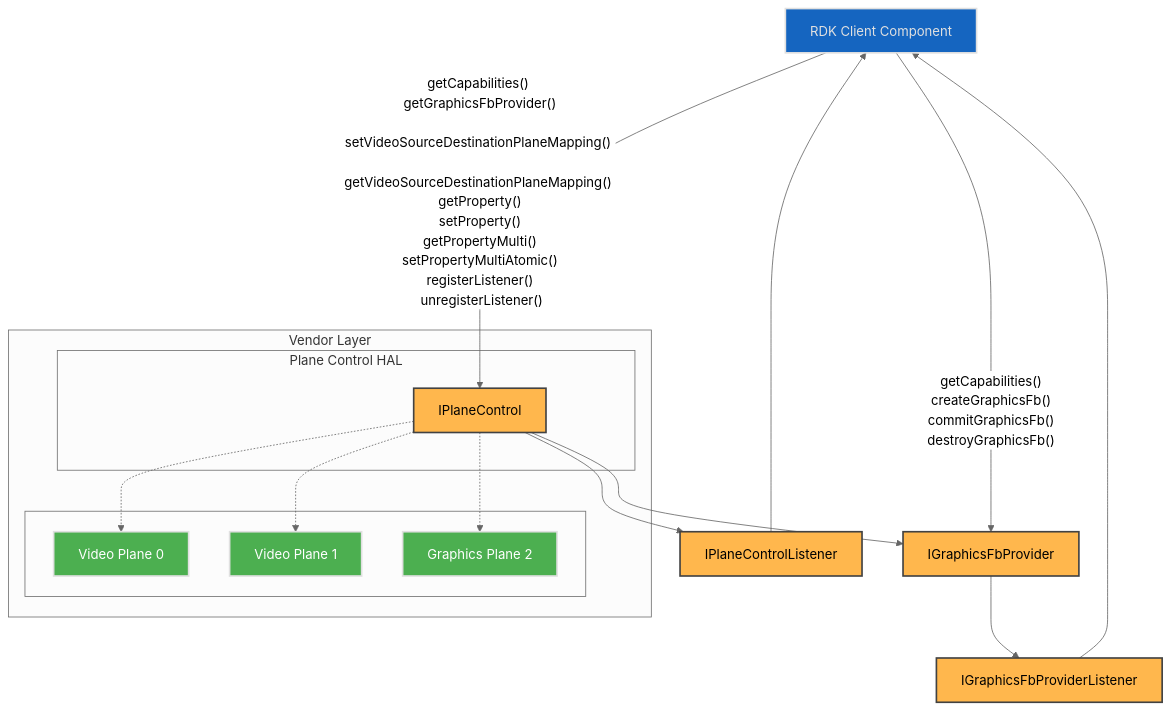
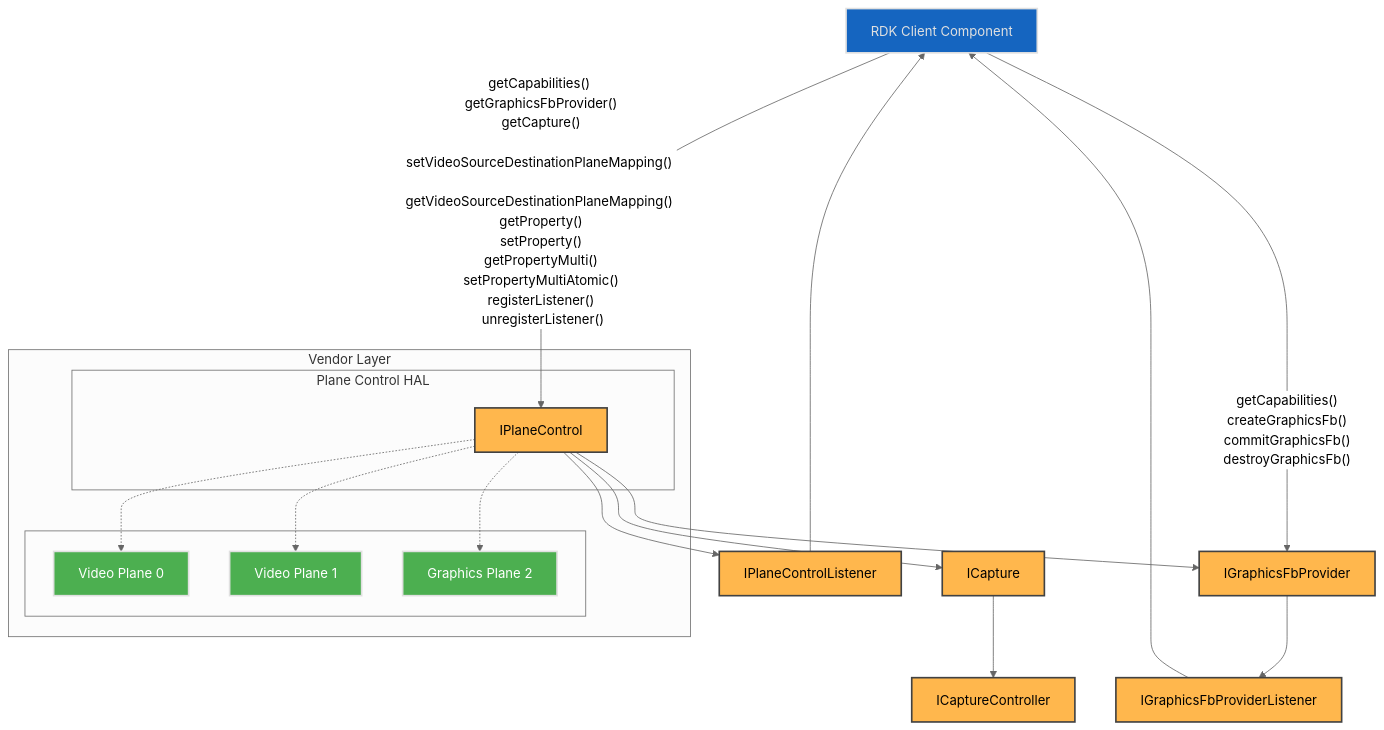
One commit to rdkcentral/rdk-halif-aidl changed the first of 4 diagrams in planecontrol/current/docs/plane_control.md. Above: the diagram before and after it, drawn with Mermaid (neutral theme). The commit also changed other lines of this file and 13 other files, not shown here.

First line of the commit message:
feat(planecontrol): add ICapture decoded-frame capture interface (#753)

````diff
--- a/planecontrol/current/docs/plane_control.md
+++ b/planecontrol/current/docs/plane_control.md
@@ -83,58 +99,64 @@
 ```mermaid
 flowchart TD
     %% --- Components ---
     RDKClientComponent["RDK Client Component"]
     IPlaneControlListener["IPlaneControlListener"]
     IGraphicsFbProvider["IGraphicsFbProvider"]
     IGraphicsFbProviderListener["IGraphicsFbProviderListener"]
+    ICapture["ICapture"]
+    ICaptureController["ICaptureController"]
 
     subgraph Connections["Vendor Layer"]
         subgraph IPlaneControlHAL["Plane Control HAL"]
             IPlaneControl["IPlaneControl"]
         end
 
         subgraph OutputComponents[" "]
             VideoPlane0["Video Plane 0"]
             VideoPlane1["Video Plane 1"]
             VideoPlane2["Graphics Plane 2"]
         end
     end
 
     %% --- Function Calls Over Single Line ---
-    RDKClientComponent -- getCapabilities() <br> getGraphicsFbProvider() <br> setVideoSourceDestinationPlaneMapping() <br> getVideoSourceDestinationPlaneMapping() <br> getProperty() <br> setProperty() <br> getPropertyMulti() <br> setPropertyMultiAtomic() <br> registerListener() <br> unregisterListener() --> IPlaneControl
+    RDKClientComponent -- getCapabilities() <br> getGraphicsFbProvider() <br> getCapture() <br> setVideoSourceDestinationPlaneMapping() <br> getVideoSourceDestinationPlaneMapping() <br> getProperty() <br> setProperty() <br> getPropertyMulti() <br> setPropertyMultiAtomic() <br> registerListener() <br> unregisterListener() --> IPlaneControl
     
     RDKClientComponent -- getCapabilities()
     createGraphicsFb()
     commitGraphicsFb()
     destroyGraphicsFb()
      --> IGraphicsFbProvider
 
     IPlaneControlListener --> RDKClientComponent
     IGraphicsFbProviderListener --> RDKClientComponent
 
     %% --- Wrapped Connections in a Subgraph ---
         IPlaneControl --> IPlaneControlListener
         IPlaneControl --> IGraphicsFbProvider
         IGraphicsFbProvider --> IGraphicsFbProviderListener
+        IPlaneControl --> ICapture
+        ICapture --> ICaptureController
         IPlaneControl -.-> VideoPlane0
         IPlaneControl -.-> VideoPlane1
         IPlaneControl -.-> VideoPlane2
 
     %% --- Apply Colors ---
     classDef background fill:#121212,stroke:none,color:#E0E0E0;
     classDef blue fill:#1565C0,stroke:#E0E0E0,stroke-width:2px,color:#E0E0E0;
     classDef lightGrey fill:#616161,stroke:#E0E0E0,stroke-width:2px,color:#FFFFFF;
     classDef wheat fill:#FFB74D,stroke:#424242,stroke-width:2px,color:#000000;
     classDef green fill:#4CAF50,stroke:#E0E0E0,stroke-width:2px,color:#FFFFFF;
     classDef default fill:#1E1E1E,stroke:#E0E0E0,stroke-width:1px,color:#E0E0E0;
 
     RDKClientComponent:::blue
     IPlaneControl:::wheat
     IPlaneControlListener:::wheat
     IGraphicsFbProvider:::wheat
     IGraphicsFbProviderListener:::wheat
+    ICapture:::wheat
+    ICaptureController:::wheat
     VideoPlane0:::green
     VideoPlane1:::green
     VideoPlane2:::green
 
 ```
````
